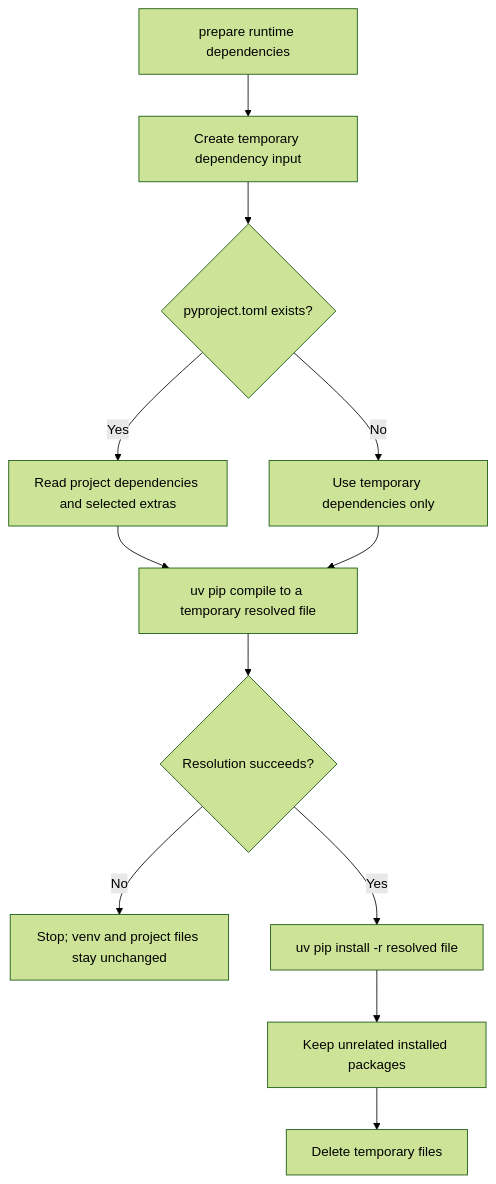
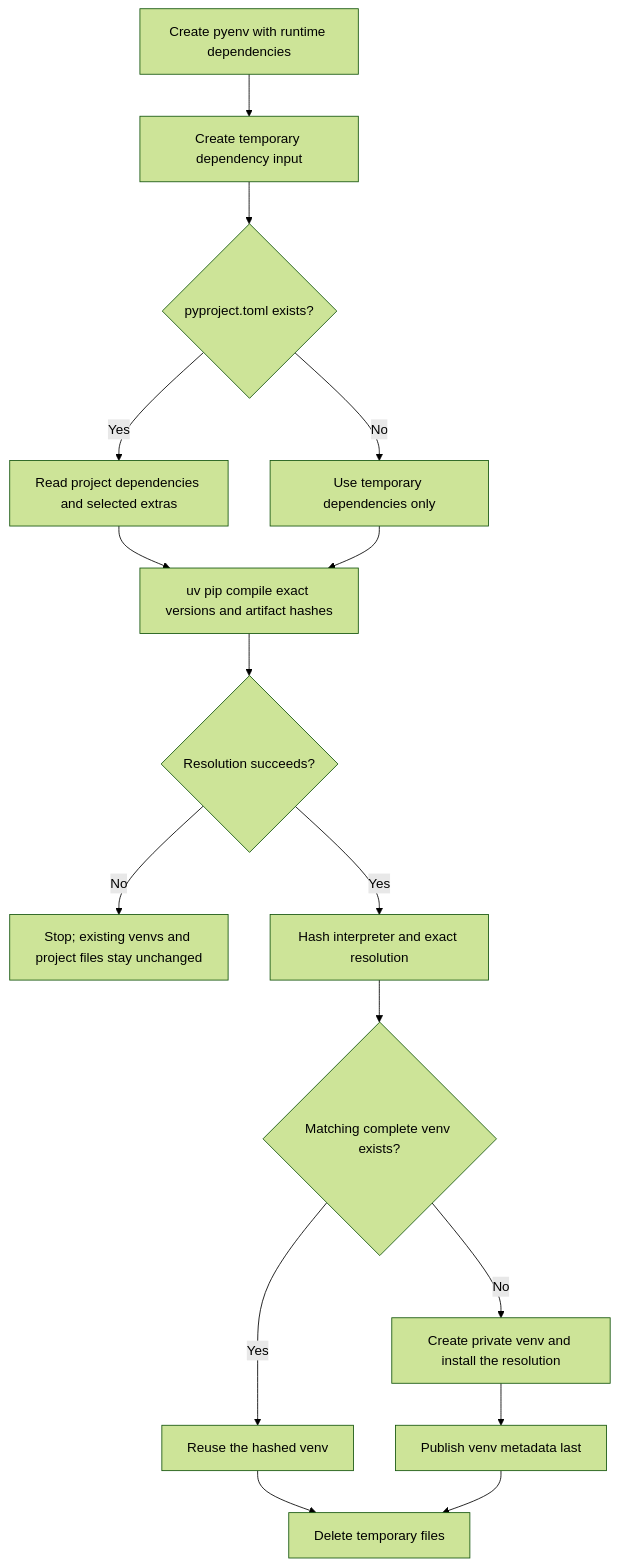
Before and after one commit to regbo/lfp-common: the diagram in docs/diagrams/runtime-dependencies.mmd, drawn with Mermaid (forest theme). The commit also changed 19 other files, not shown here.

Commit message:
feat!: isolate resolved Python venvs

```diff
--- a/docs/diagrams/runtime-dependencies.mmd
+++ b/docs/diagrams/runtime-dependencies.mmd
@@ -1,12 +1,16 @@
 flowchart TD
-    A["prepare runtime dependencies"] --> B["Create temporary dependency input"]
+    A["Create pyenv with runtime dependencies"] --> B["Create temporary dependency input"]
     B --> C{"pyproject.toml exists?"}
     C -->|Yes| D["Read project dependencies and selected extras"]
     C -->|No| E["Use temporary dependencies only"]
-    D --> F["uv pip compile to a temporary resolved file"]
+    D --> F["uv pip compile exact versions and artifact hashes"]
     E --> F
     F --> G{"Resolution succeeds?"}
-    G -->|No| H["Stop; venv and project files stay unchanged"]
-    G -->|Yes| I["uv pip install -r resolved file"]
-    I --> J["Keep unrelated installed packages"]
-    J --> K["Delete temporary files"]
+    G -->|No| H["Stop; existing venvs and project files stay unchanged"]
+    G -->|Yes| I["Hash interpreter and exact resolution"]
+    I --> J{"Matching complete venv exists?"}
+    J -->|Yes| K["Reuse the hashed venv"]
+    J -->|No| L["Create private venv and install the resolution"]
+    L --> M["Publish venv metadata last"]
+    K --> N["Delete temporary files"]
+    M --> N
```
